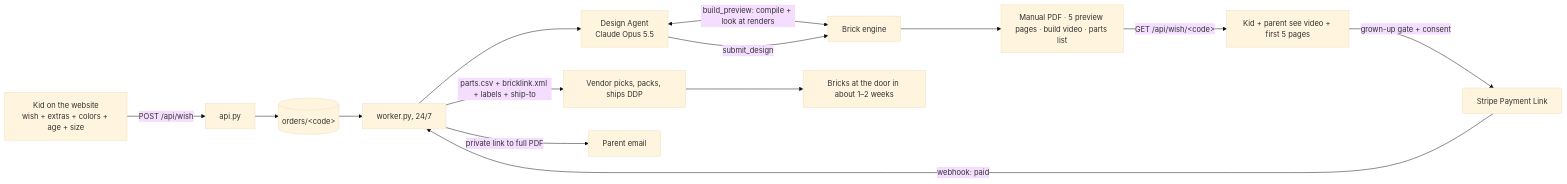
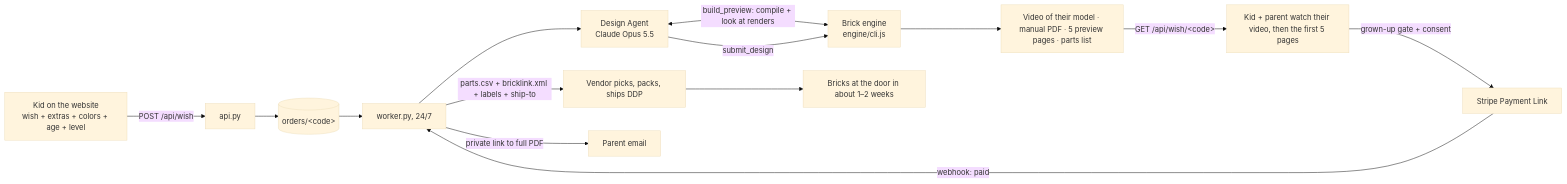
Before and after one commit to info4keyslocksmith-jpg/fifa-world-cup: the diagram in brickwish/AUTOMATION.md, drawn with Mermaid (base theme). The commit also changed other lines of this file and 34 other files, not shown here.

First line of the commit message:
Levels 1-6 up to 8,000 pieces, every wish gets built, one JS engine

````diff
--- a/brickwish/AUTOMATION.md
+++ b/brickwish/AUTOMATION.md
@@ -9,16 +9,16 @@
 ```mermaid
 flowchart LR
-  K[Kid on the website<br/>wish + extras + colors + age + size] -->|POST /api/wish| API[api.py]
+  K[Kid on the website<br/>wish + extras + colors + age + level] -->|POST /api/wish| API[api.py]
   API --> Q[(orders/&lt;code&gt;)]
   Q --> W[worker.py, 24/7]
   W --> DA[Design Agent<br/>Claude Opus 5.5]
-  DA <-->|build_preview: compile + look at renders| EN[Brick engine]
+  DA <-->|build_preview: compile + look at renders| EN[Brick engine<br/>engine/cli.js]
   DA -->|submit_design| EN
-  EN --> P[Manual PDF · 5 preview pages · build video · parts list]
-  P -->|GET /api/wish/&lt;code&gt;| K2[Kid + parent see video + first 5 pages]
+  EN --> P[Video of their model · manual PDF · 5 preview pages · parts list]
+  P -->|GET /api/wish/&lt;code&gt;| K2[Kid + parent watch their video, then the first 5 pages]
   K2 -->|grown-up gate + consent| S[Stripe Payment Link]
   S -->|webhook: paid| W
   W -->|parts.csv + bricklink.xml + labels + ship-to| V[Vendor picks, packs, ships DDP]
   W -->|private link to full PDF| E[Parent email]
   V --> D[Bricks at the door in about 1–2 weeks]
 ```
````
